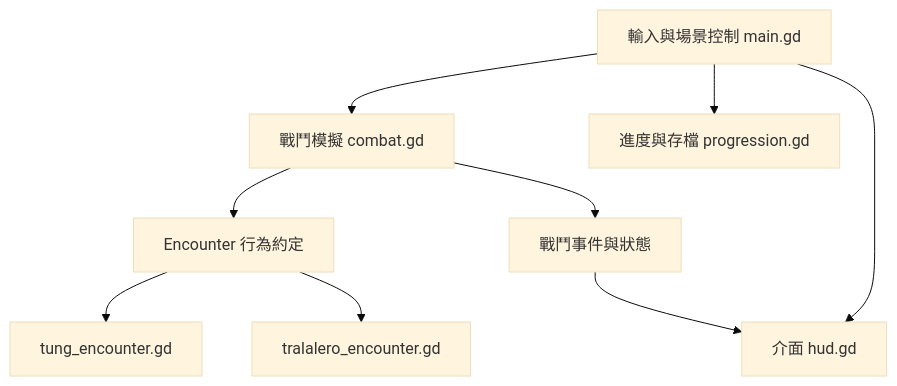
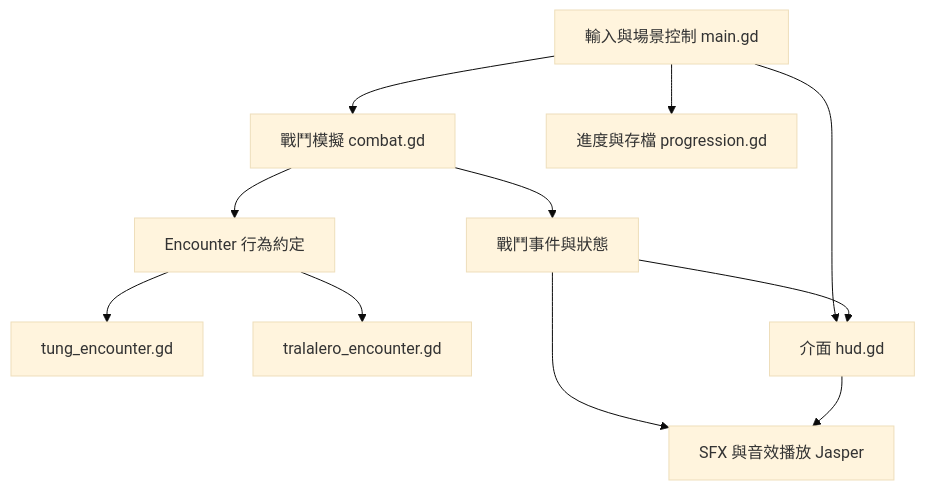
The diagram in docs/proposal.md (MoobyMoo/AOOP-Last-Order), drawn with Mermaid (base theme) before and after one commit. The commit also changed other lines of this file and 8 other files, not shown here.

````diff
--- a/docs/proposal.md
+++ b/docs/proposal.md
@@ -46,11 +46,13 @@
 ```mermaid
 flowchart TD
     Input[輸入與場景控制 main.gd] --> Combat[戰鬥模擬 combat.gd]
     Combat --> Encounter[Encounter 行為約定]
     Encounter --> Tung[tung_encounter.gd]
     Encounter --> Tral[tralalero_encounter.gd]
     Input --> Progress[進度與存檔 progression.gd]
     Input --> HUD[介面 hud.gd]
     Combat --> Events[戰鬥事件與狀態]
     Events --> HUD
+    Events --> Audio[SFX 與音效播放 Jasper]
+    HUD --> Audio
 ```
````
